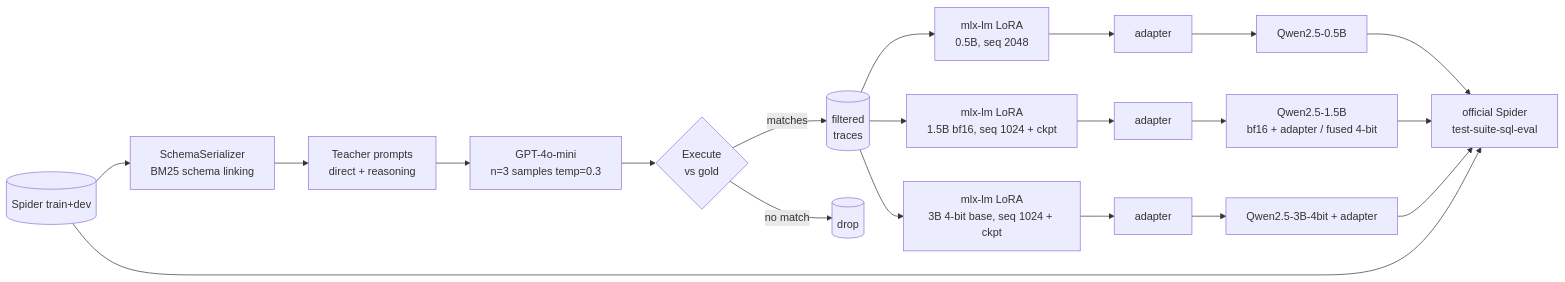
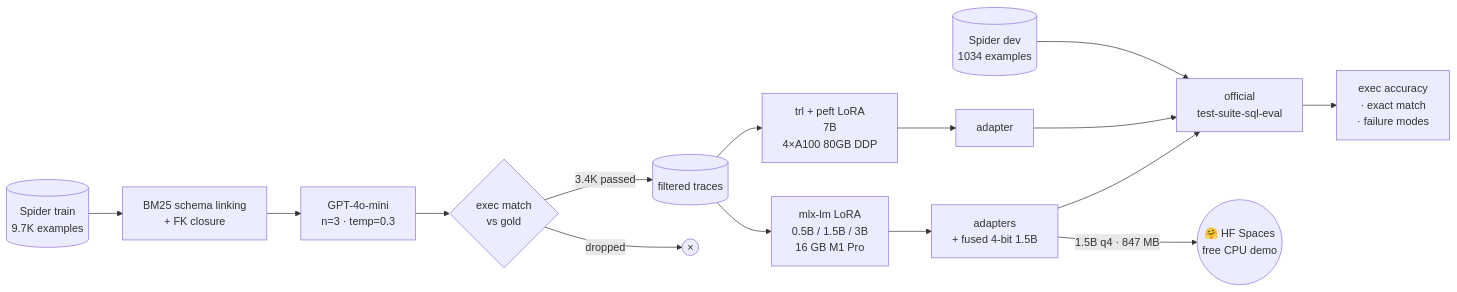
Before and after one commit to zxuhan/distill-sql: the diagram in README.md, drawn with Mermaid. The commit also changed other lines of this file, not shown here.

````diff
--- a/README.md
+++ b/README.md
@@ -190,19 +150,23 @@
 ```mermaid
 flowchart LR
-  spider[(Spider train+dev)] --> serializer[SchemaSerializer<br/>BM25 schema linking]
-  serializer --> teacher[Teacher prompts<br/>direct + reasoning]
-  teacher --> openai[GPT-4o-mini<br/>n=3 samples temp=0.3]
-  openai --> validate{Execute<br/>vs gold}
-  validate -->|matches| traces[(filtered<br/>traces)]
-  validate -->|no match| drop[(drop)]
-  traces --> trainer05[mlx-lm LoRA<br/>0.5B, seq 2048]
-  traces --> trainer15[mlx-lm LoRA<br/>1.5B bf16, seq 1024 + ckpt]
-  traces --> trainer3[mlx-lm LoRA<br/>3B 4-bit base, seq 1024 + ckpt]
-  trainer05 --> a05[adapter] --> s05[Qwen2.5-0.5B]
-  trainer15 --> a15[adapter] --> s15[Qwen2.5-1.5B<br/>bf16 + adapter / fused 4-bit]
-  trainer3 --> a3[adapter] --> s3[Qwen2.5-3B-4bit + adapter]
-  s05 --> eval[official Spider<br/>test-suite-sql-eval]
-  s15 --> eval
-  s3 --> eval
-  spider --> eval
+    spider[(Spider train<br/>9.7K examples)]
+    spider --> serializer[BM25 schema linking<br/>+ FK closure]
+    serializer --> openai[GPT-4o-mini<br/>n=3 · temp=0.3]
+    openai --> validate{exec match<br/>vs gold}
+    validate -- 3.4K passed --> traces[(filtered traces)]
+    validate -- dropped --> drop((×))
+
+    traces --> mlx[mlx-lm LoRA<br/>0.5B / 1.5B / 3B<br/>16 GB M1 Pro]
+    traces --> peft[trl + peft LoRA<br/>7B<br/>4×A100 80GB DDP]
+
+    mlx --> aSmall[adapters<br/>+ fused 4-bit 1.5B]
+    peft --> aBig[adapter]
+
+    aSmall --> eval[official<br/>test-suite-sql-eval]
+    aBig --> eval
+    spider2[(Spider dev<br/>1034 examples)] --> eval
+
+    eval --> results[exec accuracy<br/>· exact match<br/>· failure modes]
+
+    aSmall -- 1.5B q4 · 847 MB --> hf((🤗 HF Spaces<br/>free CPU demo))
 ```
````
